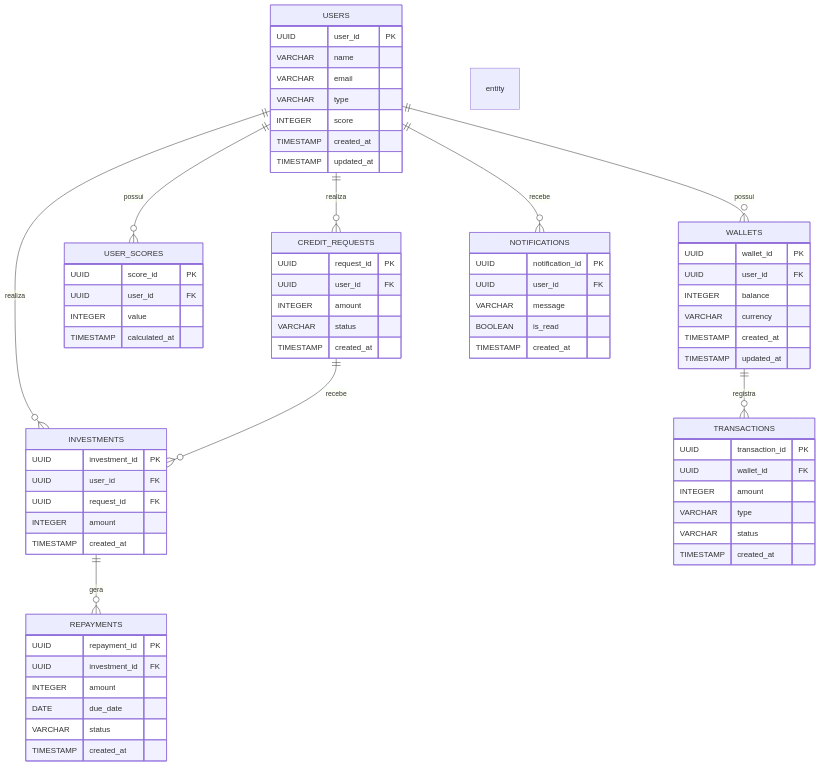
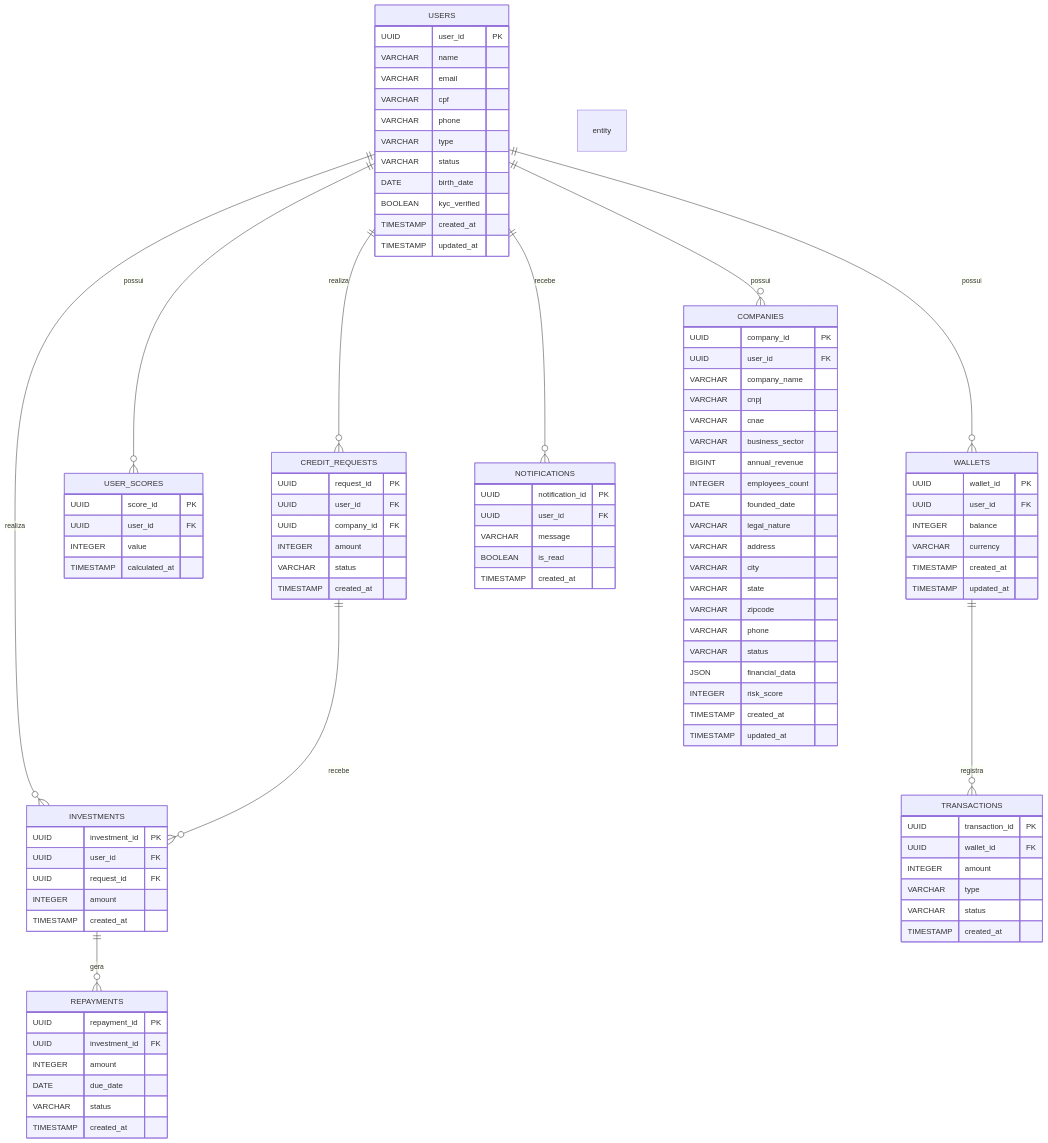
Before and after one commit to QInvest/qinvest: the diagram in README.md, drawn with Mermaid. The commit also changed other lines of this file, not shown here.

Commit message:
docs: Update README.md to include COMPANIES entity in ER diagram and enhance backend structure section

```diff
--- a/README.md
+++ b/README.md
@@ -27,6 +27,7 @@
     USERS ||--o{ CREDIT_REQUESTS : "realiza"
     USERS ||--o{ INVESTMENTS : "realiza"
     USERS ||--o{ NOTIFICATIONS : "recebe"
+    USERS ||--o{ COMPANIES : "possui"
     WALLETS ||--o{ TRANSACTIONS : "registra"
     CREDIT_REQUESTS ||--o{ INVESTMENTS : "recebe"
     INVESTMENTS ||--o{ REPAYMENTS : "gera"
@@ -35,8 +36,12 @@
         UUID user_id PK
         VARCHAR name
         VARCHAR email
+        VARCHAR cpf
+        VARCHAR phone
         VARCHAR type
-        INTEGER score
+        VARCHAR status
+        DATE birth_date
+        BOOLEAN kyc_verified
         TIMESTAMP created_at
         TIMESTAMP updated_at
     }
@@ -46,7 +51,30 @@
         UUID user_id FK
         INTEGER value
         TIMESTAMP calculated_at
-    }
+    }
+
+    entity COMPANIES {
+        UUID company_id PK
+        UUID user_id FK
+        VARCHAR company_name
+        VARCHAR cnpj
+        VARCHAR cnae
+        VARCHAR business_sector
+        BIGINT annual_revenue
+        INTEGER employees_count
+        DATE founded_date
+        VARCHAR legal_nature
+        VARCHAR address
+        VARCHAR city
+        VARCHAR state
+        VARCHAR zipcode
+        VARCHAR phone
+        VARCHAR status
+        JSON financial_data
+        INTEGER risk_score
+        TIMESTAMP created_at
+        TIMESTAMP updated_at
+    }
 
     entity WALLETS {
         UUID wallet_id PK
@@ -69,6 +97,7 @@
     entity CREDIT_REQUESTS {
         UUID request_id PK
         UUID user_id FK
+        UUID company_id FK
         INTEGER amount
         VARCHAR status
         TIMESTAMP created_at
```
